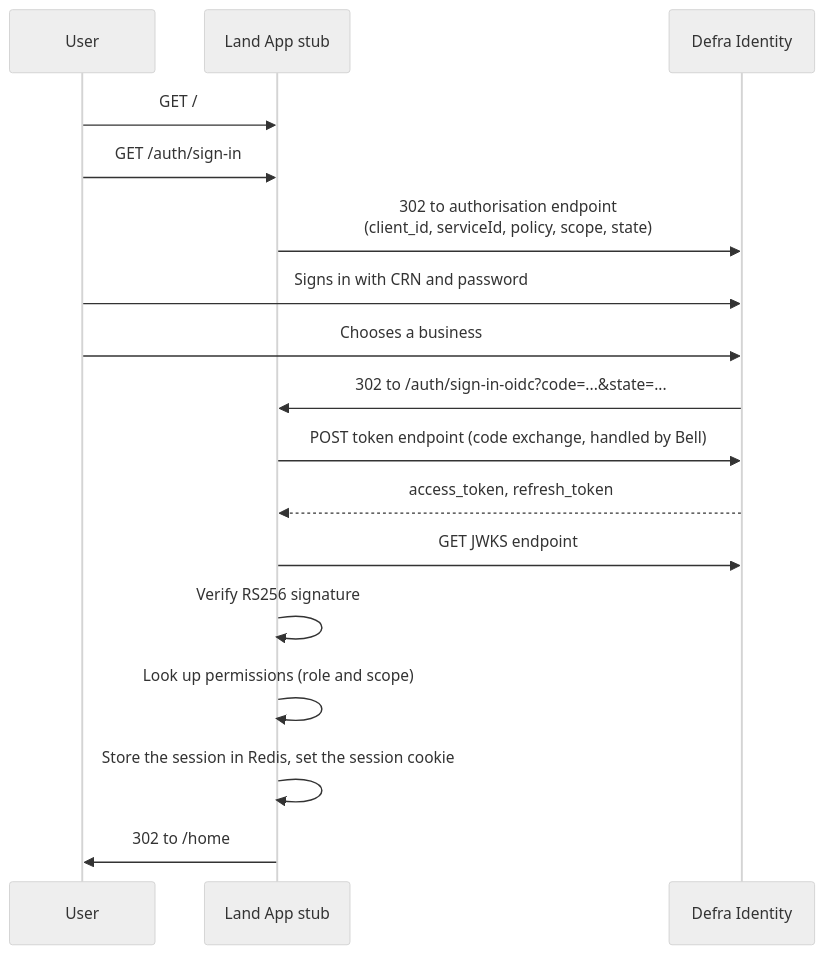
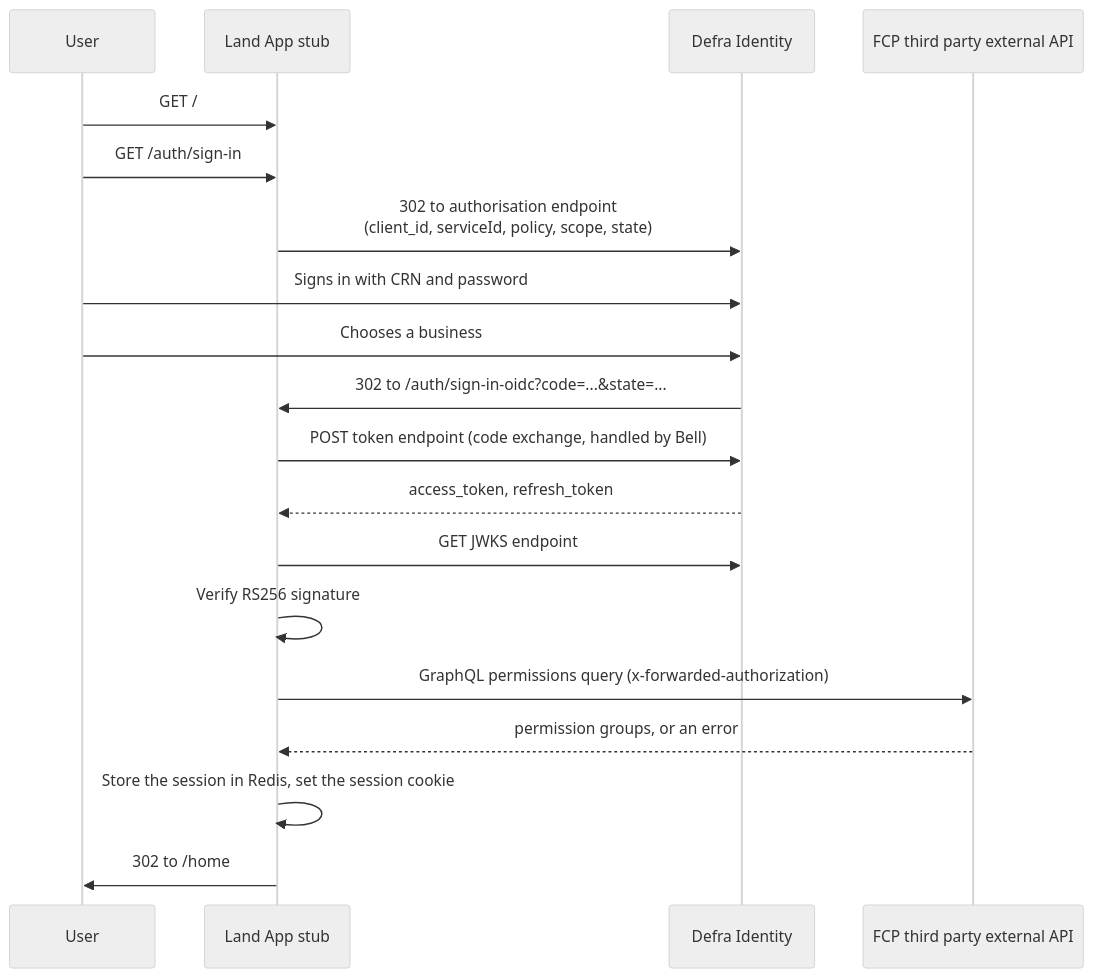
The first of 2 diagrams in README.md (DEFRA/fcp-land-app-stub), drawn with Mermaid (neutral theme) before and after one commit. The commit also changed other lines of this file and 27 other files, not shown here.

Commit message:
Add Cognito auth and integration with permission API (#4)

````diff
--- a/README.md
+++ b/README.md
@@ -111,20 +148,22 @@
 ```mermaid
 sequenceDiagram
     participant U as User
     participant A as Land App stub
     participant D as Defra Identity
+    participant X as FCP third party external API
 
     U->>A: GET /
     U->>A: GET /auth/sign-in
     A->>D: 302 to authorisation endpoint<br/>(client_id, serviceId, policy, scope, state)
     U->>D: Signs in with CRN and password
     U->>D: Chooses a business
     D->>A: 302 to /auth/sign-in-oidc?code=...&state=...
     A->>D: POST token endpoint (code exchange, handled by Bell)
     D-->>A: access_token, refresh_token
     A->>D: GET JWKS endpoint
     A->>A: Verify RS256 signature
-    A->>A: Look up permissions (role and scope)
+    A->>X: GraphQL permissions query (x-forwarded-authorization)
+    X-->>A: permission groups, or an error
     A->>A: Store the session in Redis, set the session cookie
     A->>U: 302 to /home
 ```
````
